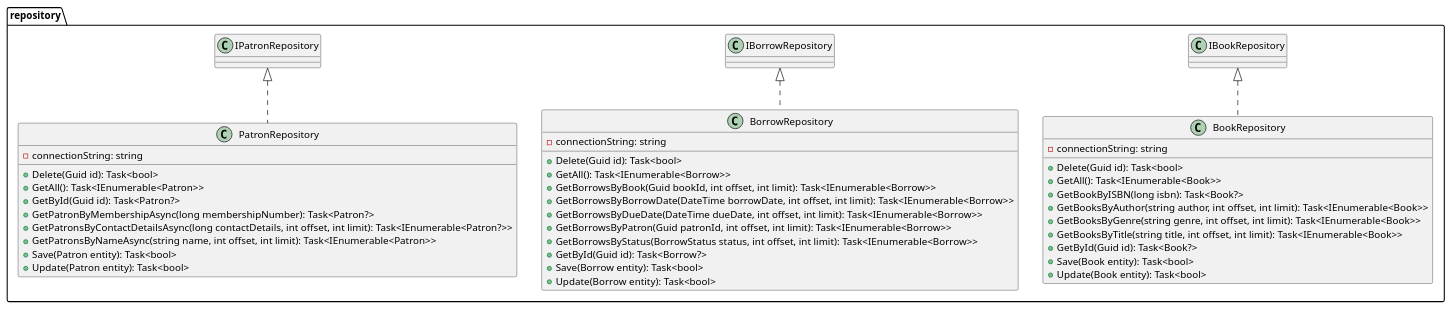
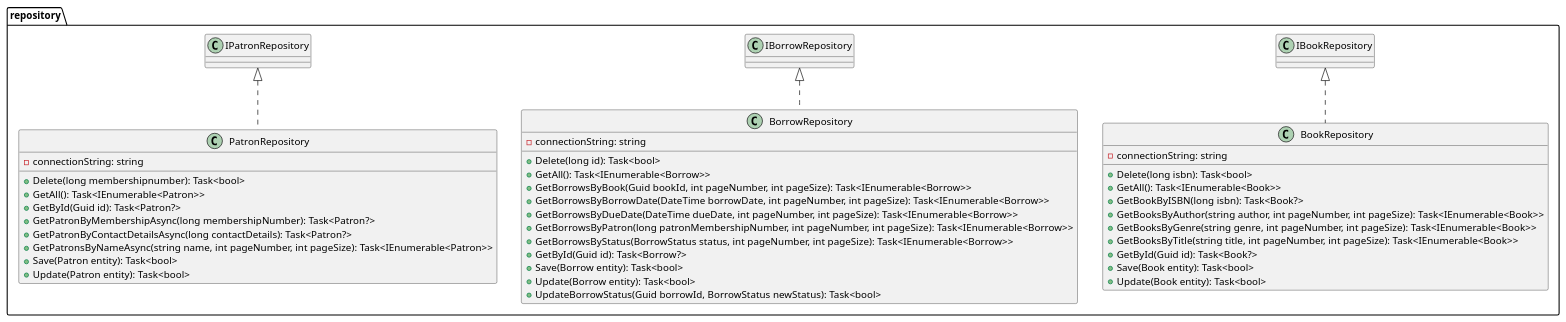
The diagram in system-design/class-diagram/infraestructure/repository.puml (programacion-6/Opcion1LosBorbotones), drawn with PlantUML before and after one commit. The commit also changed 9 other files, not shown here.

Commit message:
chore: updated uml

```diff
--- a/system-design/class-diagram/infraestructure/repository.puml
+++ b/system-design/class-diagram/infraestructure/repository.puml
@@ -1,47 +1,48 @@
 @startuml
 package repository {
 
     class BookRepository {
         - connectionString: string
-        + Delete(Guid id): Task<bool>
+        + Delete(long isbn): Task<bool>
         + GetAll(): Task<IEnumerable<Book>>
         + GetBookByISBN(long isbn): Task<Book?>
-        + GetBooksByAuthor(string author, int offset, int limit): Task<IEnumerable<Book>>
-        + GetBooksByGenre(string genre, int offset, int limit): Task<IEnumerable<Book>>
-        + GetBooksByTitle(string title, int offset, int limit): Task<IEnumerable<Book>>
+        + GetBooksByAuthor(string author, int pageNumber, int pageSize): Task<IEnumerable<Book>>
+        + GetBooksByGenre(string genre, int pageNumber, int pageSize): Task<IEnumerable<Book>>
+        + GetBooksByTitle(string title, int pageNumber, int pageSize): Task<IEnumerable<Book>>
         + GetById(Guid id): Task<Book?>
         + Save(Book entity): Task<bool>
         + Update(Book entity): Task<bool>
     }
 
     class BorrowRepository {
         - connectionString: string
-        + Delete(Guid id): Task<bool>
+        + Delete(long id): Task<bool>
         + GetAll(): Task<IEnumerable<Borrow>>
-        + GetBorrowsByBook(Guid bookId, int offset, int limit): Task<IEnumerable<Borrow>>
-        + GetBorrowsByBorrowDate(DateTime borrowDate, int offset, int limit): Task<IEnumerable<Borrow>>
-        + GetBorrowsByDueDate(DateTime dueDate, int offset, int limit): Task<IEnumerable<Borrow>>
-        + GetBorrowsByPatron(Guid patronId, int offset, int limit): Task<IEnumerable<Borrow>>
-        + GetBorrowsByStatus(BorrowStatus status, int offset, int limit): Task<IEnumerable<Borrow>>
+        + GetBorrowsByBook(Guid bookId, int pageNumber, int pageSize): Task<IEnumerable<Borrow>>
+        + GetBorrowsByBorrowDate(DateTime borrowDate, int pageNumber, int pageSize): Task<IEnumerable<Borrow>>
+        + GetBorrowsByDueDate(DateTime dueDate, int pageNumber, int pageSize): Task<IEnumerable<Borrow>>
+        + GetBorrowsByPatron(long patronMembershipNumber, int pageNumber, int pageSize): Task<IEnumerable<Borrow>>
+        + GetBorrowsByStatus(BorrowStatus status, int pageNumber, int pageSize): Task<IEnumerable<Borrow>>
         + GetById(Guid id): Task<Borrow?>
         + Save(Borrow entity): Task<bool>
         + Update(Borrow entity): Task<bool>
+        + UpdateBorrowStatus(Guid borrowId, BorrowStatus newStatus): Task<bool> 
     }
 
     class PatronRepository {
         - connectionString: string
-        + Delete(Guid id): Task<bool>
+        + Delete(long membershipnumber): Task<bool>
         + GetAll(): Task<IEnumerable<Patron>>
         + GetById(Guid id): Task<Patron?>
         + GetPatronByMembershipAsync(long membershipNumber): Task<Patron?>
-        + GetPatronsByContactDetailsAsync(long contactDetails, int offset, int limit): Task<IEnumerable<Patron?>>
-        + GetPatronsByNameAsync(string name, int offset, int limit): Task<IEnumerable<Patron>>
+        + GetPatronByContactDetailsAsync(long contactDetails): Task<Patron?>
+        + GetPatronsByNameAsync(string name, int pageNumber, int pageSize): Task<IEnumerable<Patron>>
         + Save(Patron entity): Task<bool>
         + Update(Patron entity): Task<bool>
     }
 
     IBookRepository <|.. BookRepository
     IBorrowRepository <|.. BorrowRepository
     IPatronRepository <|.. PatronRepository
 }
 @enduml
```
